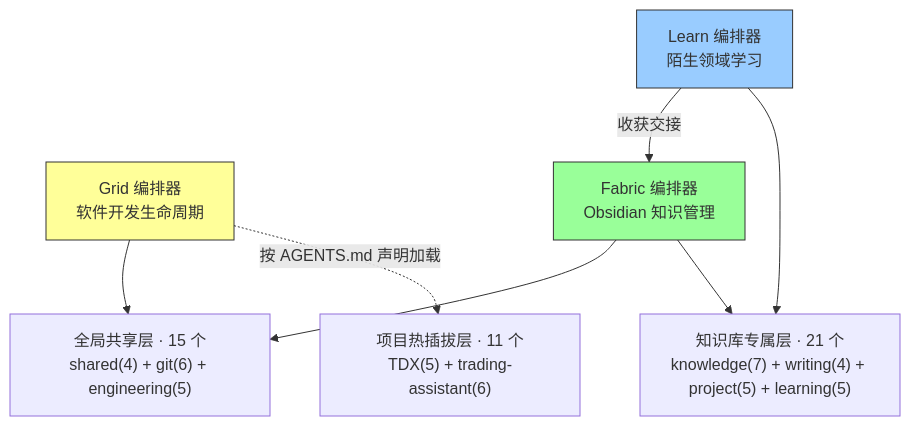
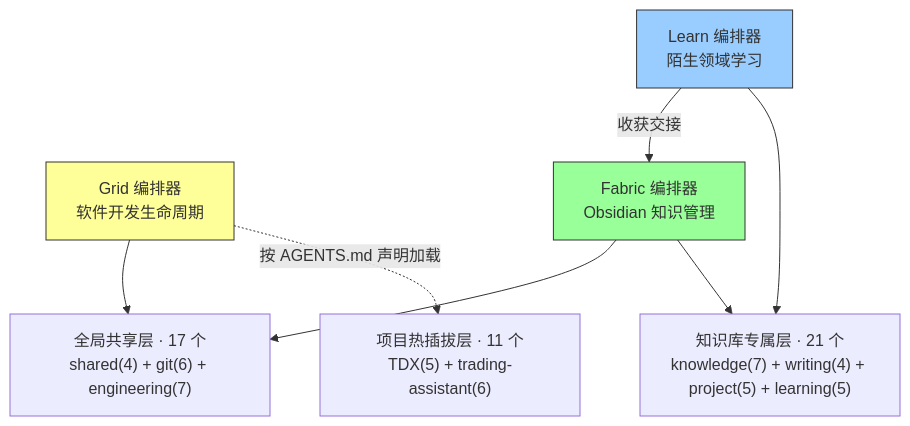
One commit to Grid0723/skills changed the first of 4 diagrams in README.md. Above: the diagram before and after it, drawn with Mermaid. The commit also changed other lines of this file and 18 other files, not shown here.

````diff
--- a/README.md
+++ b/README.md
@@ -49,20 +50,20 @@
 ```mermaid
 graph TB
     GRID["Grid 编排器<br/>软件开发生命周期"]
     FAB["Fabric 编排器<br/>Obsidian 知识管理"]
     LEARN["Learn 编排器<br/>陌生领域学习"]
-    SHARED["全局共享层 · 15 个<br/>shared(4) + git(6) + engineering(5)"]
+    SHARED["全局共享层 · 17 个<br/>shared(4) + git(6) + engineering(7)"]
     VAULT["知识库专属层 · 21 个<br/>knowledge(7) + writing(4) + project(5) + learning(5)"]
     PROJ["项目热插拔层 · 11 个<br/>TDX(5) + trading-assistant(6)"]
 
     GRID --> SHARED
     FAB --> SHARED
     LEARN -->|收获交接| FAB
     FAB --> VAULT
     LEARN --> VAULT
     GRID -.->|按 AGENTS.md 声明加载| PROJ
 
     style GRID fill:#ff9,stroke:#333
     style FAB fill:#9f9,stroke:#333
     style LEARN fill:#9cf,stroke:#333
 ```
````
